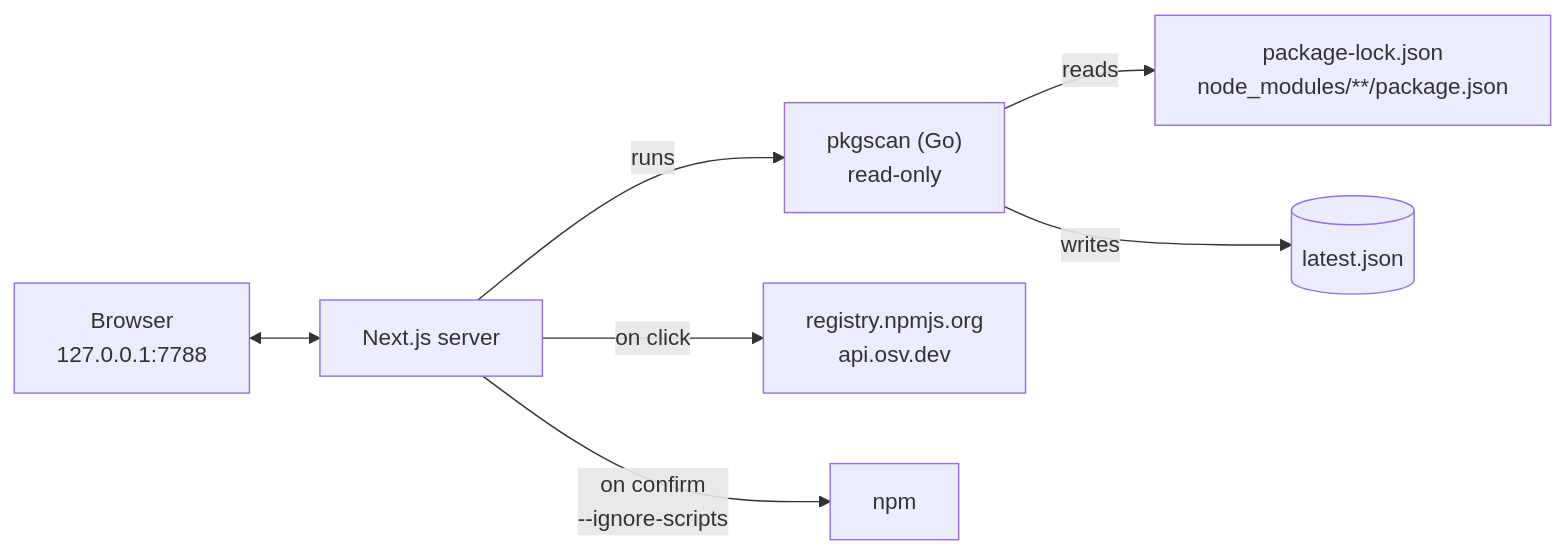
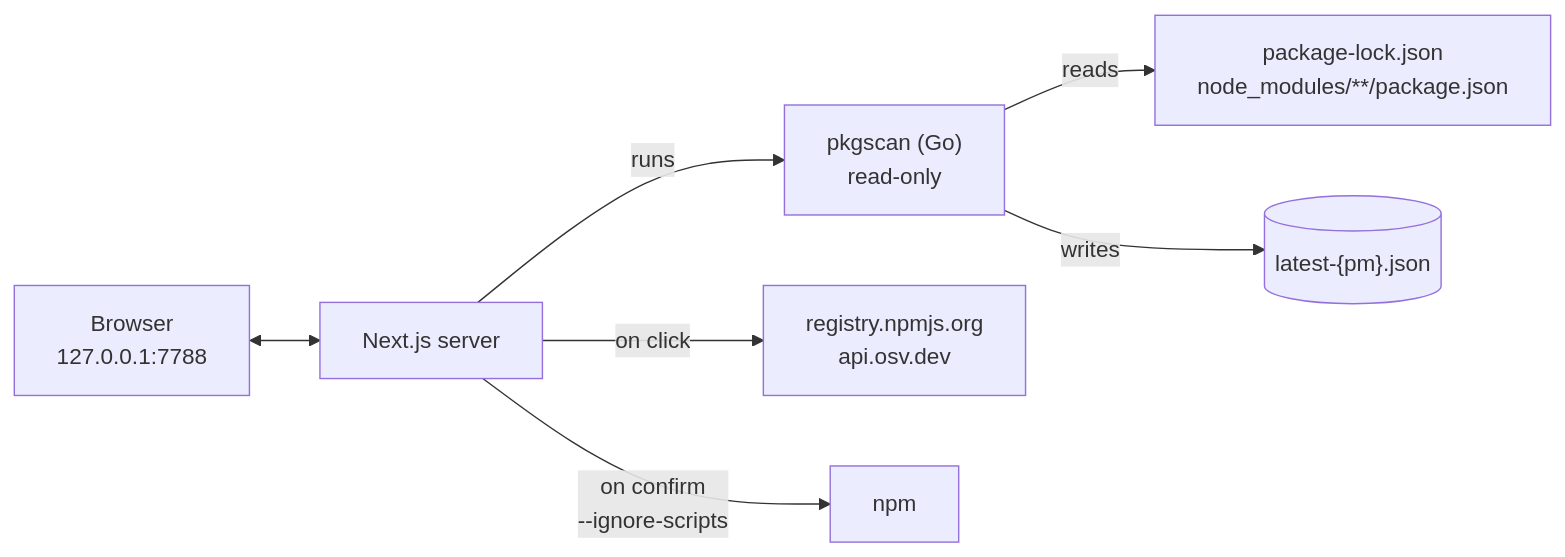
Before and after one commit to phanhuyyy/libpack-guard: the second of 2 diagrams in README.md, drawn with Mermaid. The commit also changed other lines of this file and 50 other files, not shown here.

````diff
--- a/README.md
+++ b/README.md
@@ -55,9 +57,9 @@
 ```mermaid
 flowchart LR
     UI["Browser<br/>127.0.0.1:7788"] <--> S["Next.js server"]
     S -- "runs" --> A["pkgscan (Go)<br/>read-only"]
     A -- "reads" --> P["package-lock.json<br/>node_modules/**/package.json"]
-    A -- "writes" --> D[("latest.json")]
+    A -- "writes" --> D[("latest-{pm}.json")]
     S -- "on click" --> N["registry.npmjs.org<br/>api.osv.dev"]
     S -- "on confirm<br/>--ignore-scripts" --> NPM["npm"]
 ```
````
